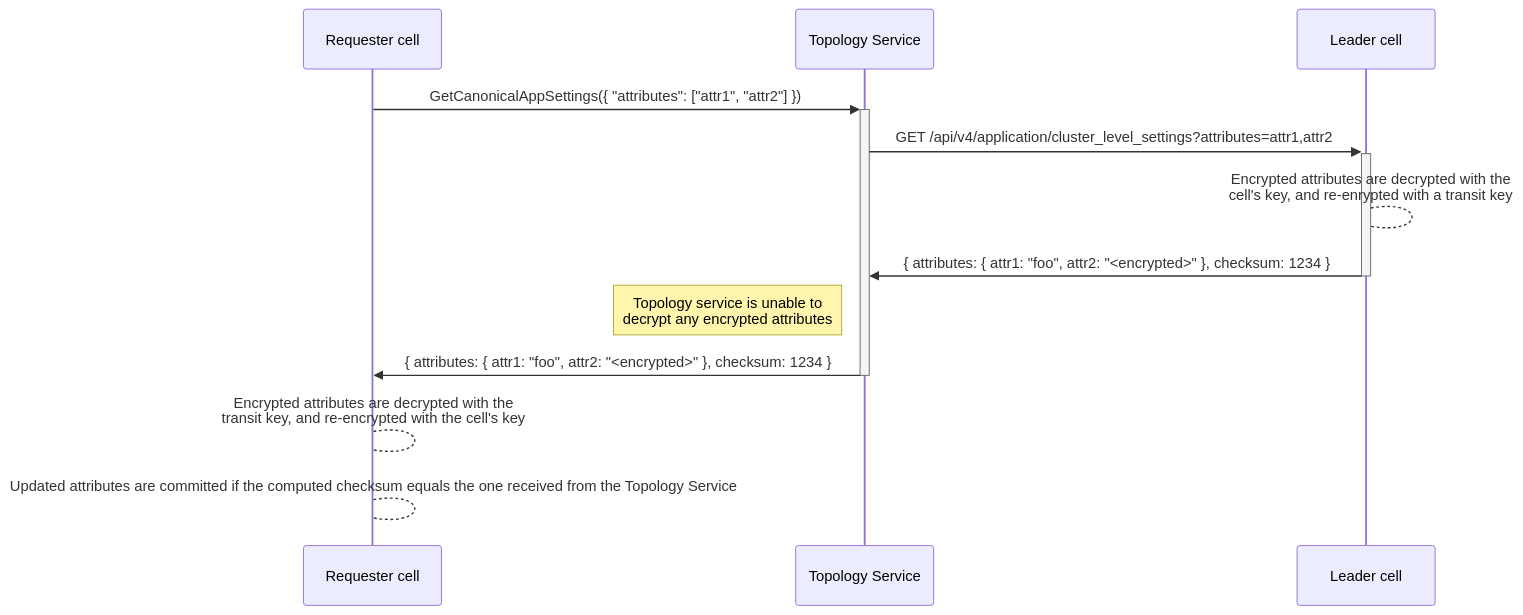
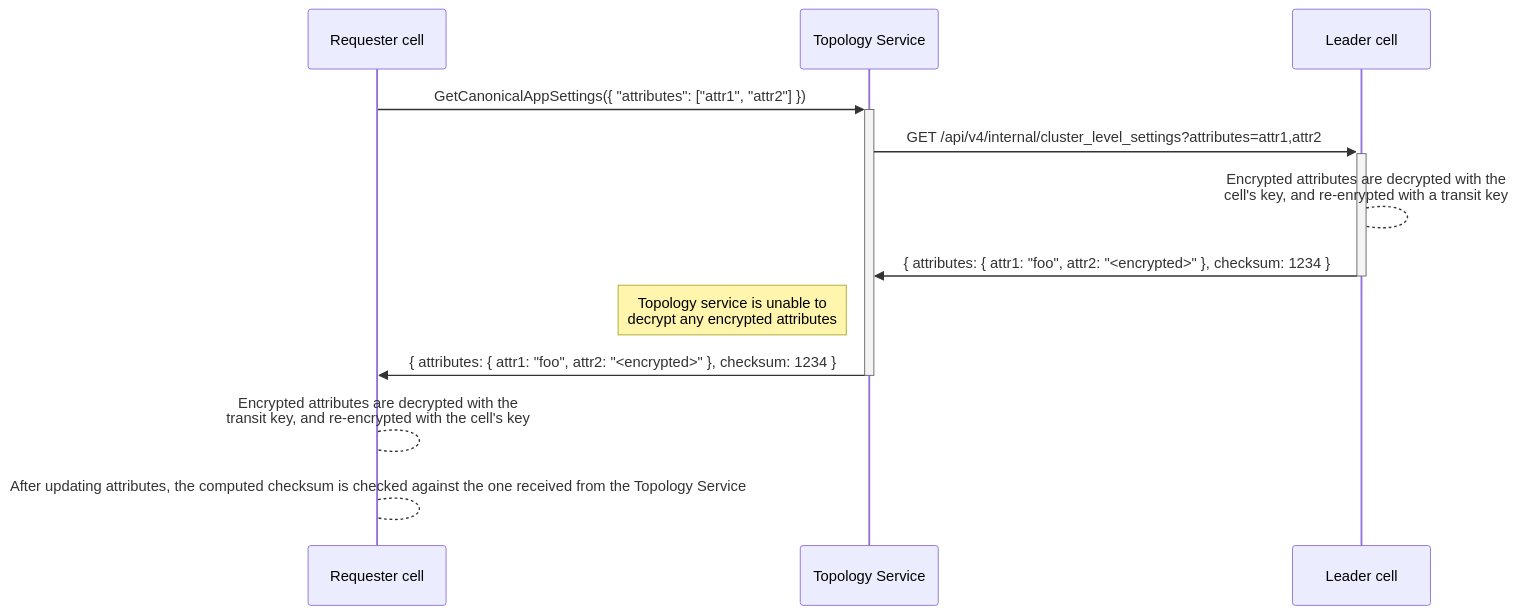
Before and after one commit to moliver28/research-handbook: the first of 2 diagrams in content/handbook/engineering/architecture/design-documents/cells/impacted_features/admin-area.md, drawn with Mermaid. The commit also changed other lines of this file, not shown here.

Commit message:
Update API endpoints

````diff
--- a/content/handbook/engineering/architecture/design-documents/cells/impacted_features/admin-area.md
+++ b/content/handbook/engineering/architecture/design-documents/cells/impacted_features/admin-area.md
@@ -199,11 +199,11 @@
 ```mermaid
 sequenceDiagram
     Requester cell->>+Topology Service: GetCanonicalAppSettings({ "attributes": ["attr1", "attr2"] })
-    Topology Service->>+Leader cell: GET /api/v4/application/cluster_level_settings?attributes=attr1,attr2
+    Topology Service->>+Leader cell: GET /api/v4/internal/cluster_level_settings?attributes=attr1,attr2
     Leader cell-->Leader cell: Encrypted attributes are decrypted with the<br>cell's key, and re-enrypted with a transit key
     Leader cell->>-Topology Service: { attributes: { attr1: "foo", attr2: "<encrypted>" }, checksum: 1234 }
     Note left of Topology Service: Topology service is unable to<br>decrypt any encrypted attributes
     Topology Service->>-Requester cell: { attributes: { attr1: "foo", attr2: "<encrypted>" }, checksum: 1234 }
     Requester cell-->Requester cell: Encrypted attributes are decrypted with the<br>transit key, and re-encrypted with the cell's key
-    Requester cell-->Requester cell: Updated attributes are committed if the computed checksum equals the one received from the Topology Service
+    Requester cell-->Requester cell: After updating attributes, the computed checksum is checked against the one received from the Topology Service
 ```
````
